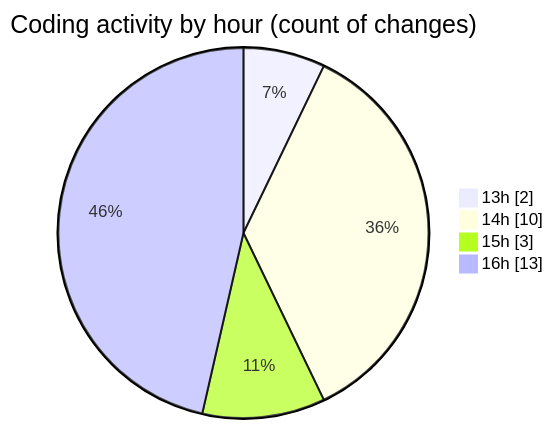
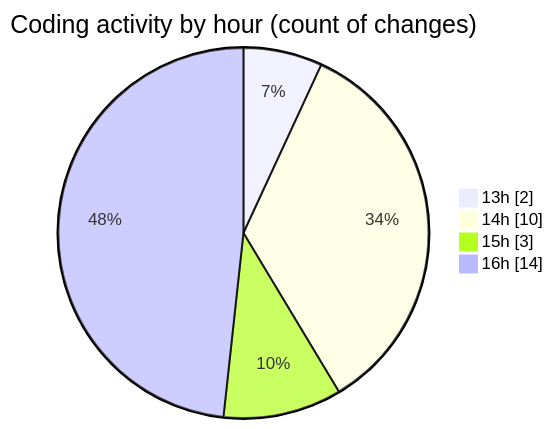
The second of 2 diagrams in 2026-03-12/nxtqube_webapp/README.md (nxtqubesakshisongat/code-tracking), drawn with Mermaid before and after one commit. The commit also changed other lines of this file and 1 other file, not shown here.

````diff
--- a/2026-03-12/nxtqube_webapp/README.md
+++ b/2026-03-12/nxtqube_webapp/README.md
@@ -34,8 +34,8 @@
 ```mermaid
 pie showData
 title Coding activity by hour (count of changes)
 "13h" : 2
 "14h" : 10
 "15h" : 3
-"16h" : 13
+"16h" : 14
 ```
````
